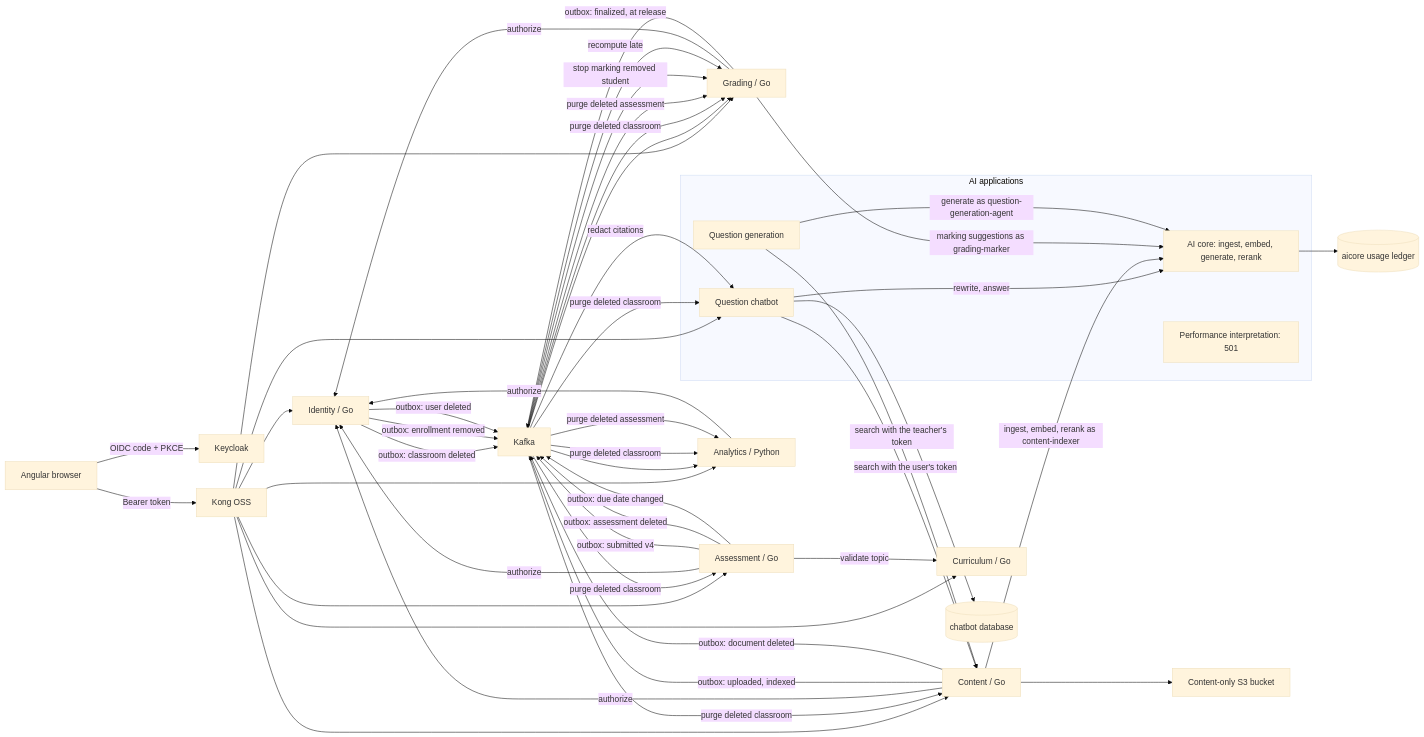
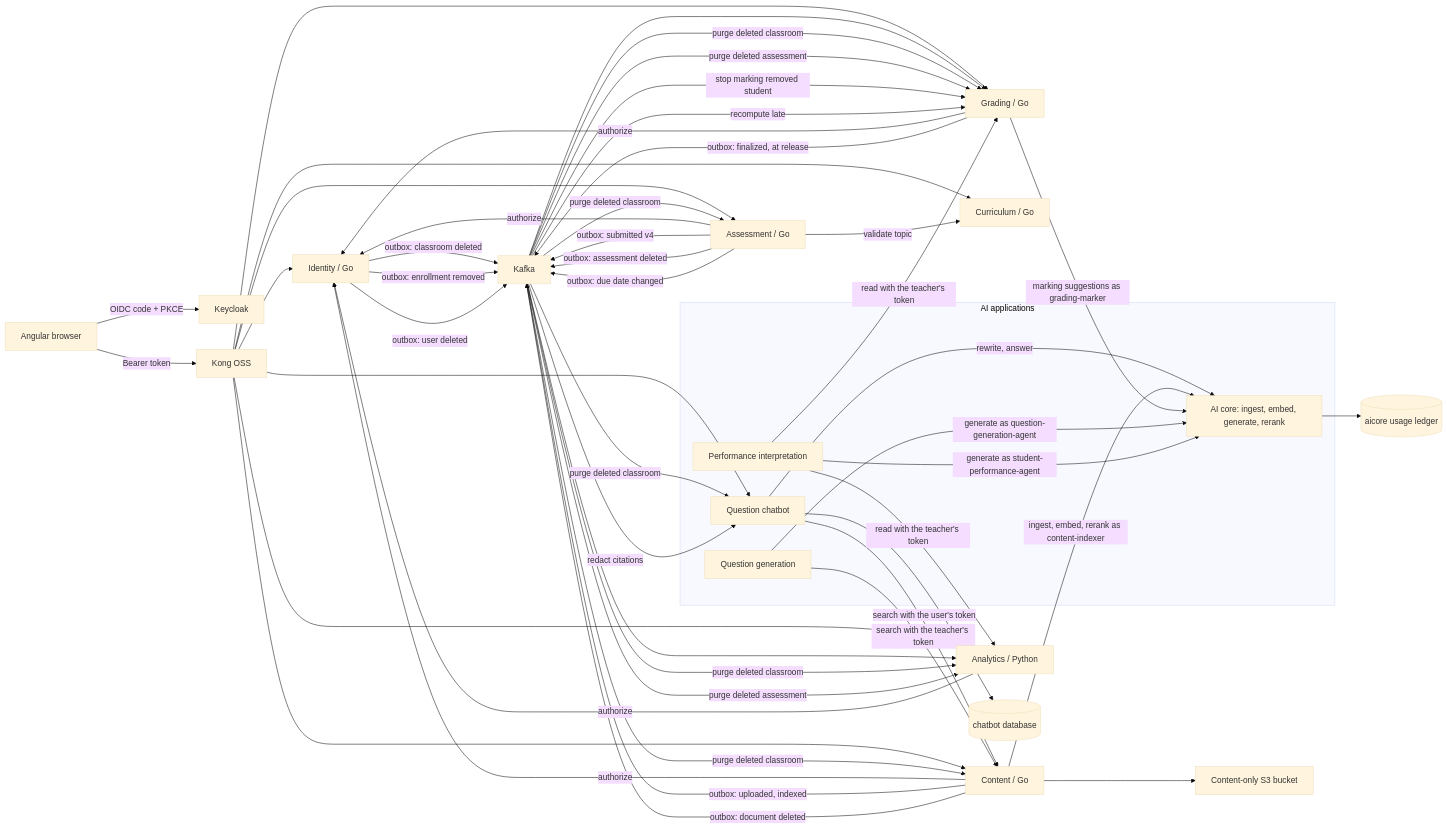
The first of 2 diagrams in docs/architecture/system.md (Naren3333/FSD_2026), drawn with Mermaid (base theme) before and after one commit. The commit also changed other lines of this file and 43 other files, not shown here.

Commit message:
added performance agent that interprets how well students are doign

````diff
--- a/docs/architecture/system.md
+++ b/docs/architecture/system.md
@@ -3,53 +3,56 @@
 ```mermaid
 flowchart LR
   Browser[Angular browser] -->|OIDC code + PKCE| Keycloak
   Browser -->|Bearer token| Kong[Kong OSS]
   Kong --> Identity[Identity / Go]
   Kong --> Curriculum[Curriculum / Go]
   Kong --> Content[Content / Go]
   Kong --> Assessment[Assessment / Go]
   Kong --> Grading[Grading / Go]
   Kong --> Analytics[Analytics / Python]
   Kong --> QC
   QC -->|search with the user's token| Content
   QC -->|rewrite, answer| AI
   QC --> ChatDB[(chatbot database)]
   Content --> S3[Content-only S3 bucket]
   Content -->|authorize| Identity
   Assessment -->|authorize| Identity
   Assessment -->|validate topic| Curriculum
   Grading -->|authorize| Identity
   Analytics -->|authorize| Identity
   Assessment -->|outbox: submitted v4| Kafka
   Kafka --> Grading
   Grading -->|outbox: finalized, at release| Kafka
   Kafka --> Analytics
   Content -->|outbox: uploaded, indexed| Kafka
   Identity -->|outbox: classroom deleted| Kafka
   Kafka -->|purge deleted classroom| Content
   Kafka -->|purge deleted classroom| Assessment
   Kafka -->|purge deleted classroom| Grading
   Kafka -->|purge deleted classroom| Analytics
   Kafka -->|purge deleted classroom| QC
   Assessment -->|outbox: assessment deleted| Kafka
   Kafka -->|purge deleted assessment| Grading
   Kafka -->|purge deleted assessment| Analytics
   Identity -->|outbox: enrollment removed| Kafka
   Identity -->|outbox: user deleted| Kafka
   Kafka -->|stop marking removed student| Grading
   Assessment -->|outbox: due date changed| Kafka
   Kafka -->|recompute late| Grading
   Content -->|outbox: document deleted| Kafka
   Kafka -->|redact citations| QC
   AI --> AIDB[(aicore usage ledger)]
   Content -->|ingest, embed, rerank as content-indexer| AI
   Grading -->|marking suggestions as grading-marker| AI
   QG -->|generate as question-generation-agent| AI
   QG -->|search with the teacher's token| Content
+  SP -->|generate as student-performance-agent| AI
+  SP -->|read with the teacher's token| Analytics
+  SP -->|read with the teacher's token| Grading
   subgraph AI applications
     AI[AI core: ingest, embed, generate, rerank]
     QG[Question generation]
-    SP[Performance interpretation: 501]
+    SP[Performance interpretation]
     QC[Question chatbot]
   end
 ```
````
